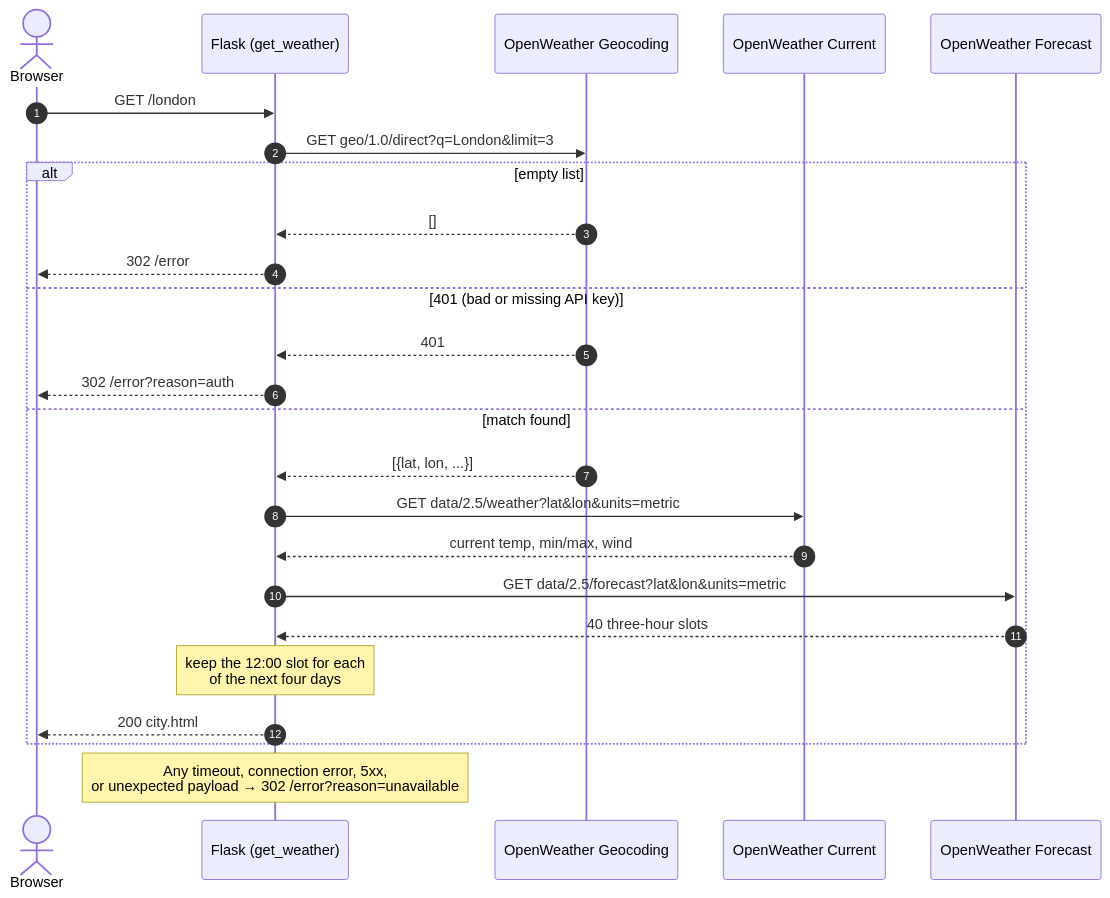
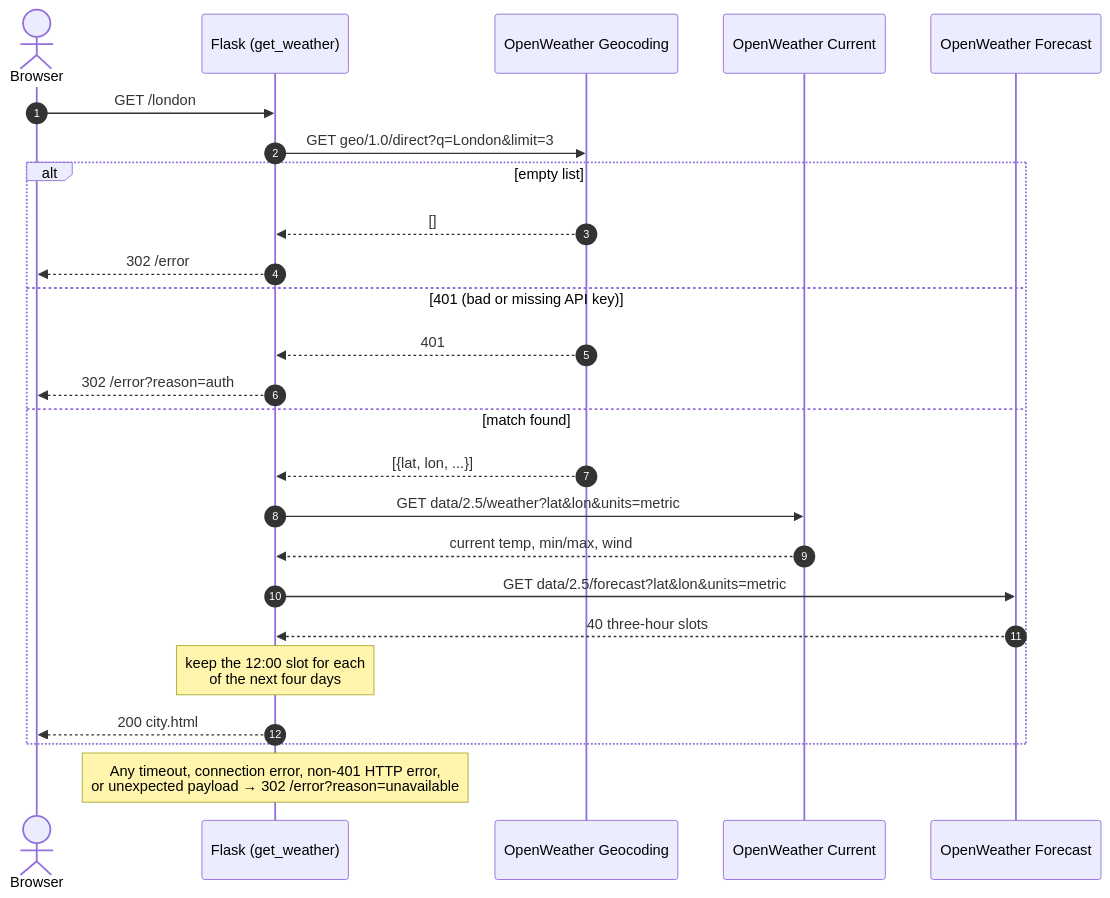
Before and after one commit to kousen/claude-code-training: the second of 2 diagrams in exercises/python/weather-app/README.md, drawn with Mermaid. The commit also changed other lines of this file and 5 other files, not shown here.

````diff
--- a/exercises/python/weather-app/README.md
+++ b/exercises/python/weather-app/README.md
@@ -49,28 +49,28 @@
 ```mermaid
 sequenceDiagram
     autonumber
     actor U as Browser
     participant F as Flask (get_weather)
     participant G as OpenWeather Geocoding
     participant W as OpenWeather Current
     participant P as OpenWeather Forecast
 
     U->>F: GET /london
     F->>G: GET geo/1.0/direct?q=London&limit=3
     alt empty list
         G-->>F: []
         F-->>U: 302 /error
     else 401 (bad or missing API key)
         G-->>F: 401
         F-->>U: 302 /error?reason=auth
     else match found
         G-->>F: [{lat, lon, ...}]
         F->>W: GET data/2.5/weather?lat&lon&units=metric
         W-->>F: current temp, min/max, wind
         F->>P: GET data/2.5/forecast?lat&lon&units=metric
         P-->>F: 40 three-hour slots
         Note over F: keep the 12:00 slot for each<br/>of the next four days
         F-->>U: 200 city.html
     end
-    Note over F: Any timeout, connection error, 5xx,<br/>or unexpected payload → 302 /error?reason=unavailable
+    Note over F: Any timeout, connection error, non-401 HTTP error,<br/>or unexpected payload → 302 /error?reason=unavailable
 ```
````
